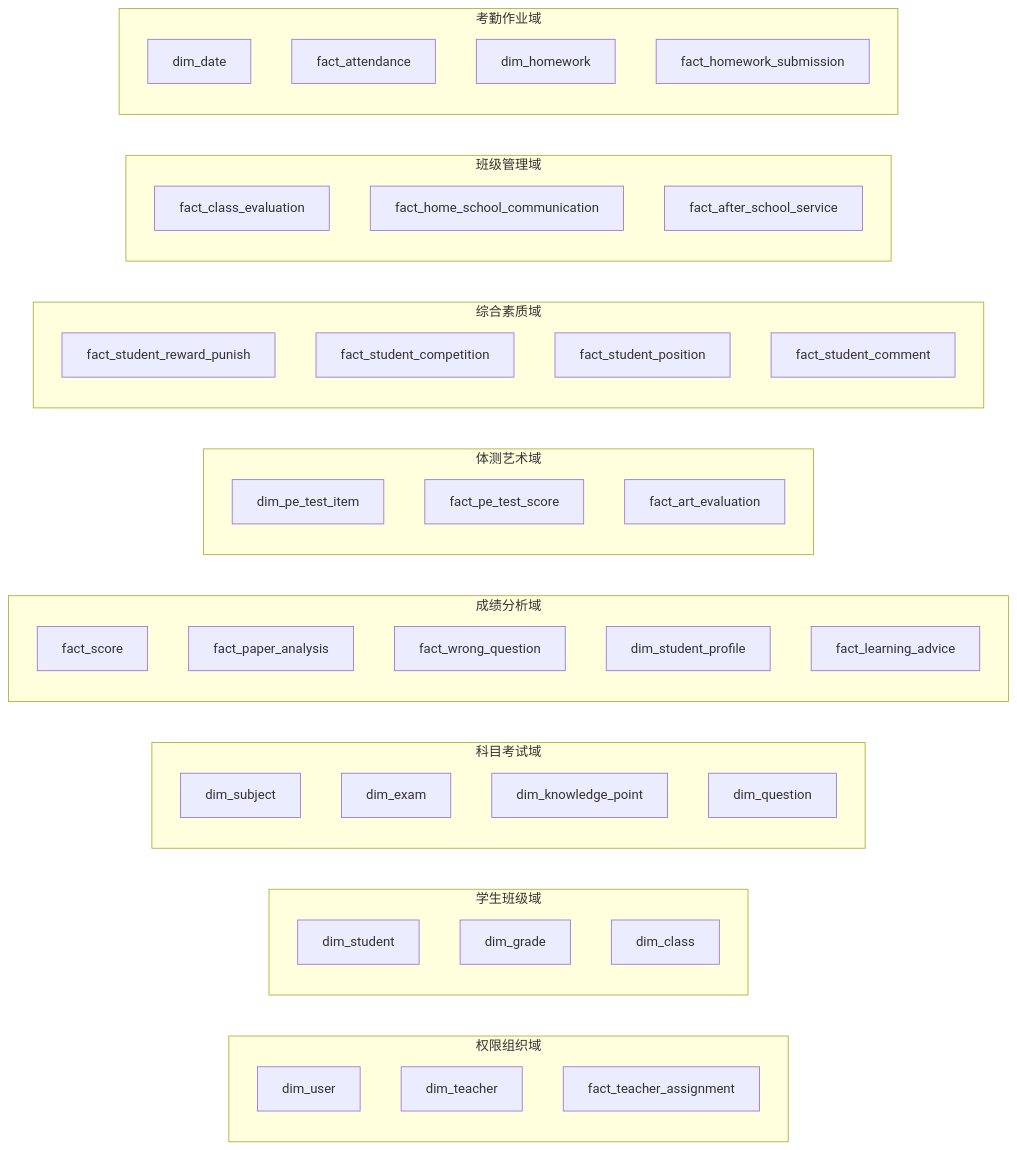
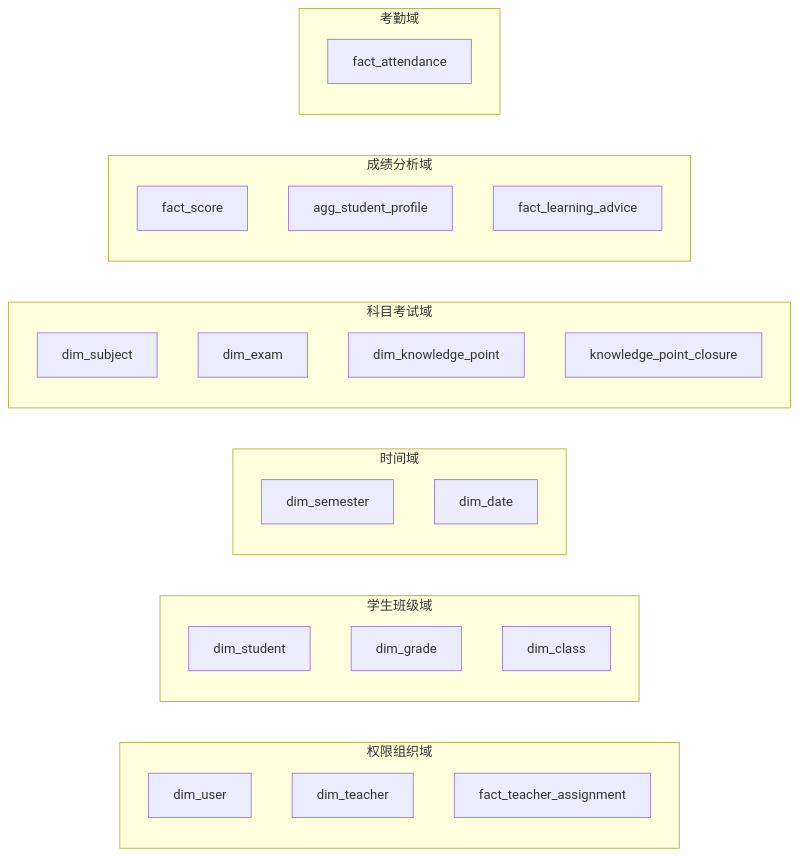
Before and after one commit to foggy-projects/foggy-data-mcp-bridge: the second of 7 diagrams in docs/design/student-analytics-data-model.md, drawn with Mermaid. The commit also changed other lines of this file and 21 other files, not shown here.

````diff
--- a/docs/design/student-analytics-data-model.md
+++ b/docs/design/student-analytics-data-model.md
@@ -111,55 +118,36 @@
 ```mermaid
 graph LR
     subgraph 权限组织域
         U[dim_user]
         T[dim_teacher]
         TA[fact_teacher_assignment]
     end
-    
+
     subgraph 学生班级域
         S[dim_student]
         G[dim_grade]
         C[dim_class]
     end
-    
+
+    subgraph 时间域
+        SEM[dim_semester]
+        DD[dim_date]
+    end
+
     subgraph 科目考试域
         SUB[dim_subject]
         E[dim_exam]
         KP[dim_knowledge_point]
-        Q[dim_question]
+        KPC[knowledge_point_closure]
     end
-    
+
     subgraph 成绩分析域
         FS[fact_score]
-        FPA[fact_paper_analysis]
-        FWQ[fact_wrong_question]
-        SP[dim_student_profile]
+        SP[agg_student_profile]
         FLA[fact_learning_advice]
     end
-    
-    subgraph 体测艺术域
-        PET[dim_pe_test_item]
-        PES[fact_pe_test_score]
-        AE[fact_art_evaluation]
-    end
-    
-    subgraph 综合素质域
-        SRP[fact_student_reward_punish]
-        SC[fact_student_competition]
-        SPOS[fact_student_position]
-        SCM[fact_student_comment]
-    end
-    
-    subgraph 班级管理域
-        CE[fact_class_evaluation]
-        HSC[fact_home_school_communication]
-        ASS[fact_after_school_service]
-    end
-    
-    subgraph 考勤作业域
-        DD[dim_date]
+
+    subgraph 考勤域
         FA[fact_attendance]
-        H[dim_homework]
-        HS[fact_homework_submission]
     end
 ```
````
